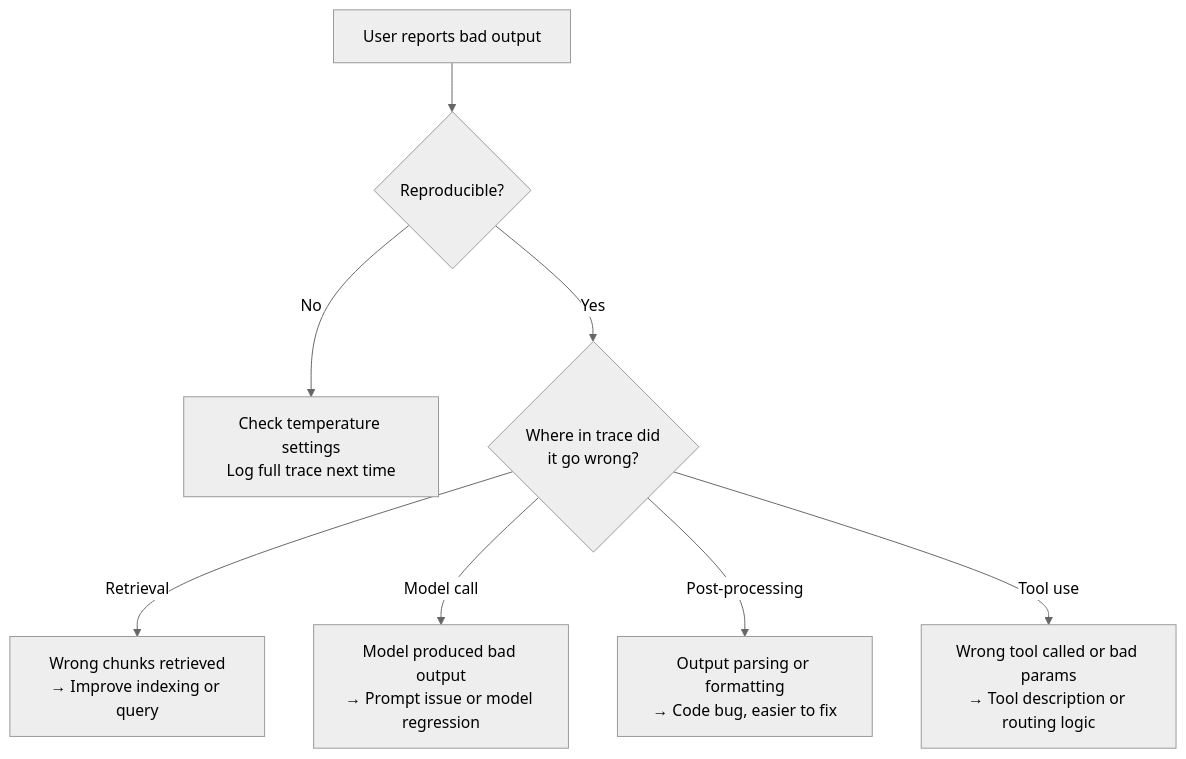
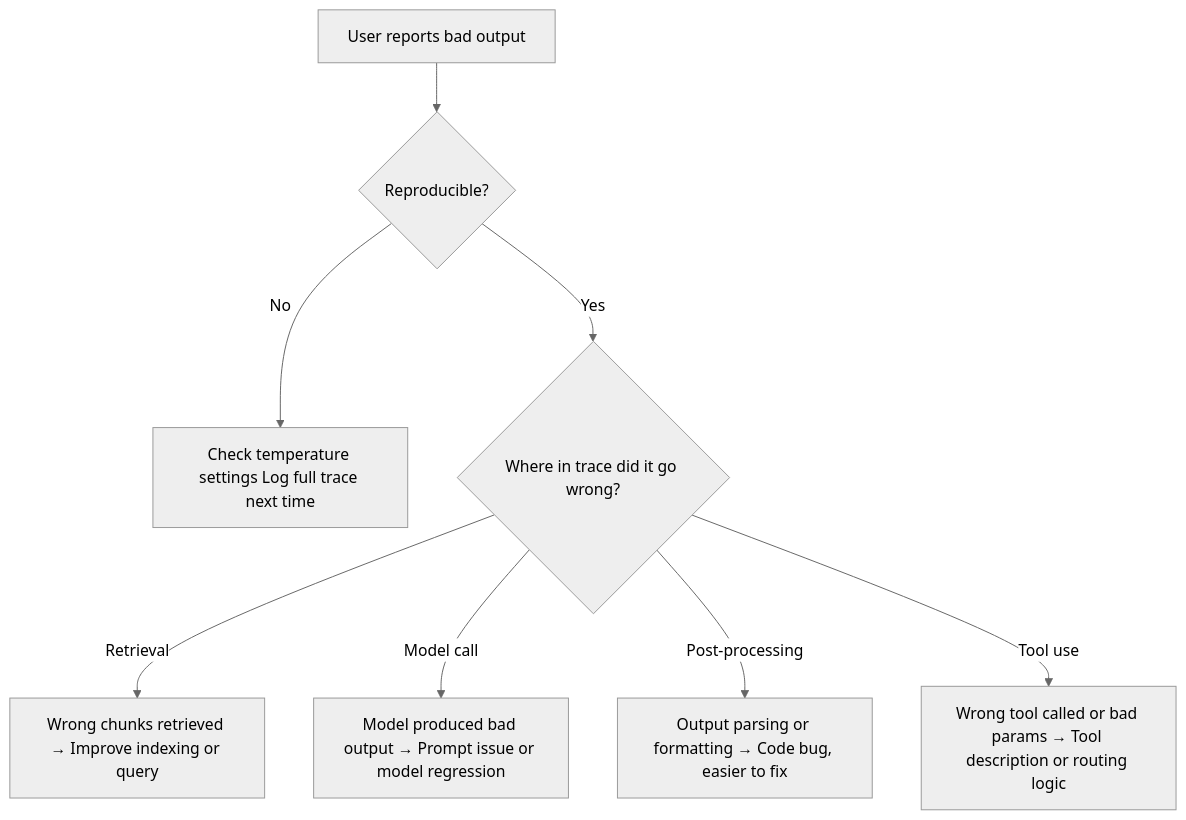
One commit to mjac-yue/ai-architecture-for-pms changed the third of 3 diagrams in module-18-observability-monitoring.md. Above: the diagram before and after it, drawn with Mermaid (neutral theme). The commit also changed other lines of this file and 15 other files, not shown here.

First line of the commit message:
Remove HTML tags from Mermaid node labels for Obsidian compatibility

````diff
--- a/module-18-observability-monitoring.md
+++ b/module-18-observability-monitoring.md
@@ -160,10 +160,10 @@
 ```mermaid
 flowchart TD
     S["User reports bad output"] --> Q1{"Reproducible?"}
-    Q1 -- "No" --> P1["Check temperature settings<br>Log full trace next time"]
-    Q1 -- "Yes" --> Q2{"Where in trace did<br>it go wrong?"}
-    Q2 -- "Retrieval" --> R1["Wrong chunks retrieved<br>→ Improve indexing or query"]
-    Q2 -- "Model call" --> R2["Model produced bad output<br>→ Prompt issue or model regression"]
-    Q2 -- "Post-processing" --> R3["Output parsing or formatting<br>→ Code bug, easier to fix"]
-    Q2 -- "Tool use" --> R4["Wrong tool called or bad params<br>→ Tool description or routing logic"]
+    Q1 -- "No" --> P1["Check temperature settings Log full trace next time"]
+    Q1 -- "Yes" --> Q2{"Where in trace did it go wrong?"}
+    Q2 -- "Retrieval" --> R1["Wrong chunks retrieved → Improve indexing or query"]
+    Q2 -- "Model call" --> R2["Model produced bad output → Prompt issue or model regression"]
+    Q2 -- "Post-processing" --> R3["Output parsing or formatting → Code bug, easier to fix"]
+    Q2 -- "Tool use" --> R4["Wrong tool called or bad params → Tool description or routing logic"]
 ```
````
